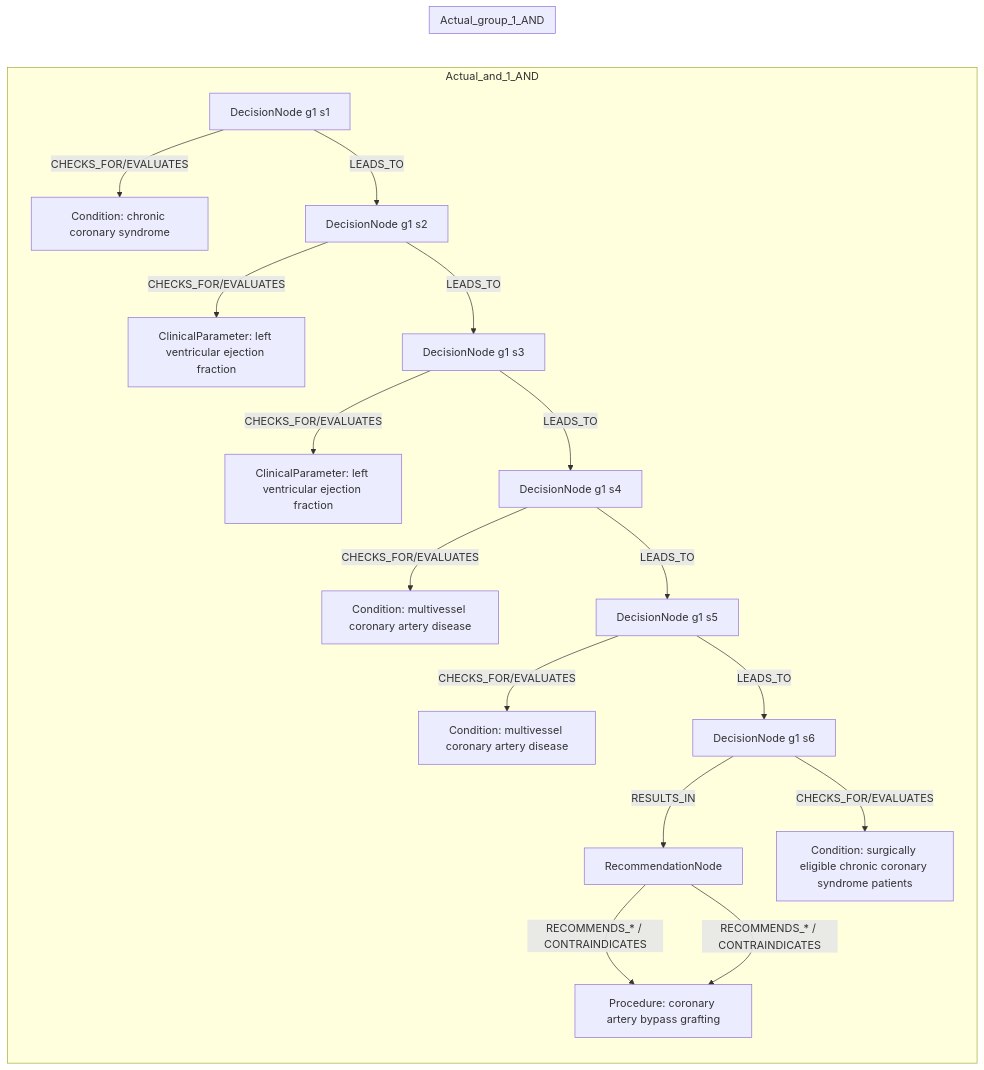
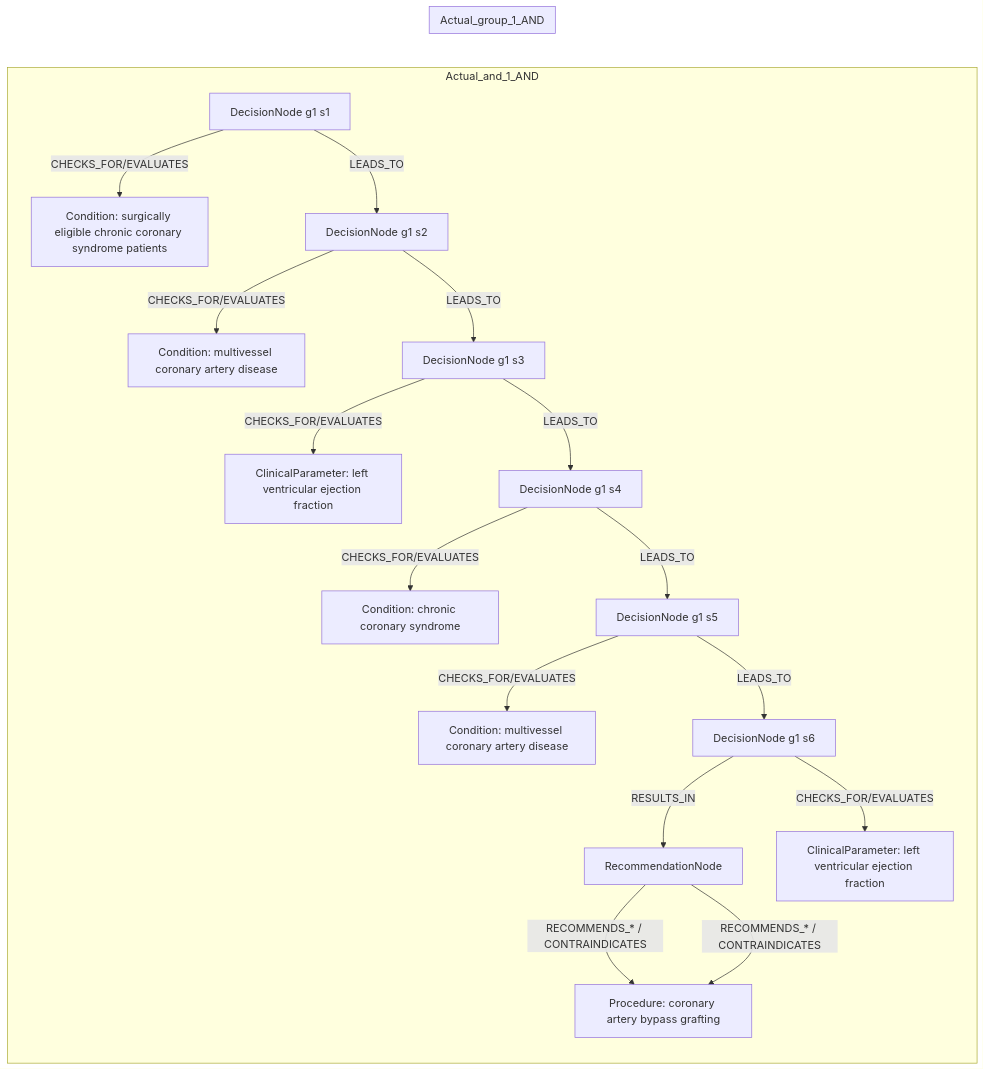
The second of 2 diagrams in docs/table22_rows/row_13.md (dieterich-lab/CardioGuidelinesGraph), drawn with Mermaid before and after one commit. The commit also changed other lines of this file and 17 other files, not shown here.

````diff
--- a/docs/table22_rows/row_13.md
+++ b/docs/table22_rows/row_13.md
@@ -239,38 +239,38 @@
 ```mermaid
 graph LR
   subgraph Actual_and_1_AND
     REC[RecommendationNode]
     D1[DecisionNode g1 s1]
-    C1[Condition: chronic coronary syndrome]
+    C1[Condition: surgically eligible chronic coronary syndrome patients]
     D1 -->|CHECKS_FOR/EVALUATES| C1
     D2[DecisionNode g1 s2]
-    C2[ClinicalParameter: left ventricular ejection fraction]
+    C2[Condition: multivessel coronary artery disease]
     D2 -->|CHECKS_FOR/EVALUATES| C2
     D3[DecisionNode g1 s3]
     C3[ClinicalParameter: left ventricular ejection fraction]
     D3 -->|CHECKS_FOR/EVALUATES| C3
     D4[DecisionNode g1 s4]
-    C4[Condition: multivessel coronary artery disease]
+    C4[Condition: chronic coronary syndrome]
     D4 -->|CHECKS_FOR/EVALUATES| C4
     D5[DecisionNode g1 s5]
     C5[Condition: multivessel coronary artery disease]
     D5 -->|CHECKS_FOR/EVALUATES| C5
     D6[DecisionNode g1 s6]
-    C6[Condition: surgically eligible chronic coronary syndrome patients]
+    C6[ClinicalParameter: left ventricular ejection fraction]
     D6 -->|CHECKS_FOR/EVALUATES| C6
     D1 -->|LEADS_TO| D2
     D2 -->|LEADS_TO| D3
     D3 -->|LEADS_TO| D4
     D4 -->|LEADS_TO| D5
     D5 -->|LEADS_TO| D6
     D6 -->|RESULTS_IN| REC
     ACT1[Procedure: coronary artery bypass grafting]
     REC -->|RECOMMENDS_* / CONTRAINDICATES| ACT1
   end
   subgraph Actual_group_1_AND
     REC[RecommendationNode]
     REC
     ACT1[Procedure: coronary artery bypass grafting]
     REC -->|RECOMMENDS_* / CONTRAINDICATES| ACT1
   end
 ```
````
